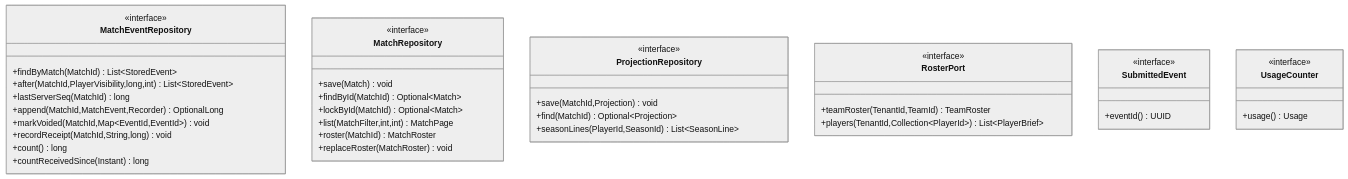
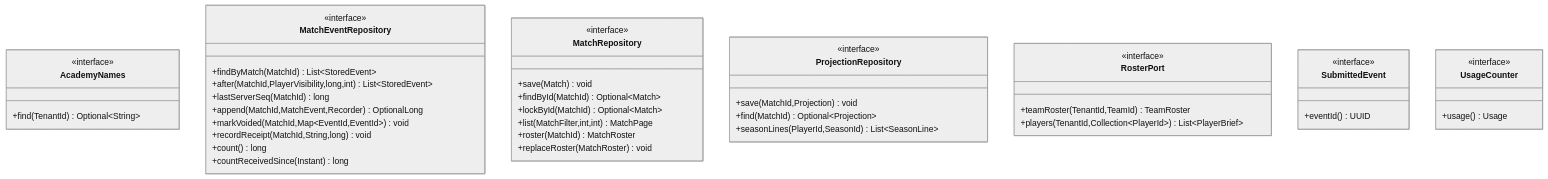
The seventh of 9 diagrams in docs/domain/game-model.md (davidbejar/hoops-academy), drawn with Mermaid (neutral theme) before and after one commit. The commit also changed other lines of this file and 3 other files, not shown here.

Commit message:
docs(game): match sheet PDF in ADR-0048, the authz matrix and the diagrams; replica guard and academy name in the events runbook

````diff
--- a/docs/domain/game-model.md
+++ b/docs/domain/game-model.md
@@ -521,42 +522,46 @@
 ```mermaid
 classDiagram
+    class AcademyNames {
+        <<interface>>
+        +find(TenantId) Optional~String~
+    }
     class MatchEventRepository {
         <<interface>>
         +findByMatch(MatchId) List~StoredEvent~
         +after(MatchId,PlayerVisibility,long,int) List~StoredEvent~
         +lastServerSeq(MatchId) long
         +append(MatchId,MatchEvent,Recorder) OptionalLong
         +markVoided(MatchId,Map~EventId,EventId~) void
         +recordReceipt(MatchId,String,long) void
         +count() long
         +countReceivedSince(Instant) long
     }
     class MatchRepository {
         <<interface>>
         +save(Match) void
         +findById(MatchId) Optional~Match~
         +lockById(MatchId) Optional~Match~
         +list(MatchFilter,int,int) MatchPage
         +roster(MatchId) MatchRoster
         +replaceRoster(MatchRoster) void
     }
     class ProjectionRepository {
         <<interface>>
         +save(MatchId,Projection) void
         +find(MatchId) Optional~Projection~
         +seasonLines(PlayerId,SeasonId) List~SeasonLine~
     }
     class RosterPort {
         <<interface>>
         +teamRoster(TenantId,TeamId) TeamRoster
         +players(TenantId,Collection~PlayerId~) List~PlayerBrief~
     }
     class SubmittedEvent {
         <<interface>>
         +eventId() UUID
     }
     class UsageCounter {
         <<interface>>
         +usage() Usage
     }
 ```
````
